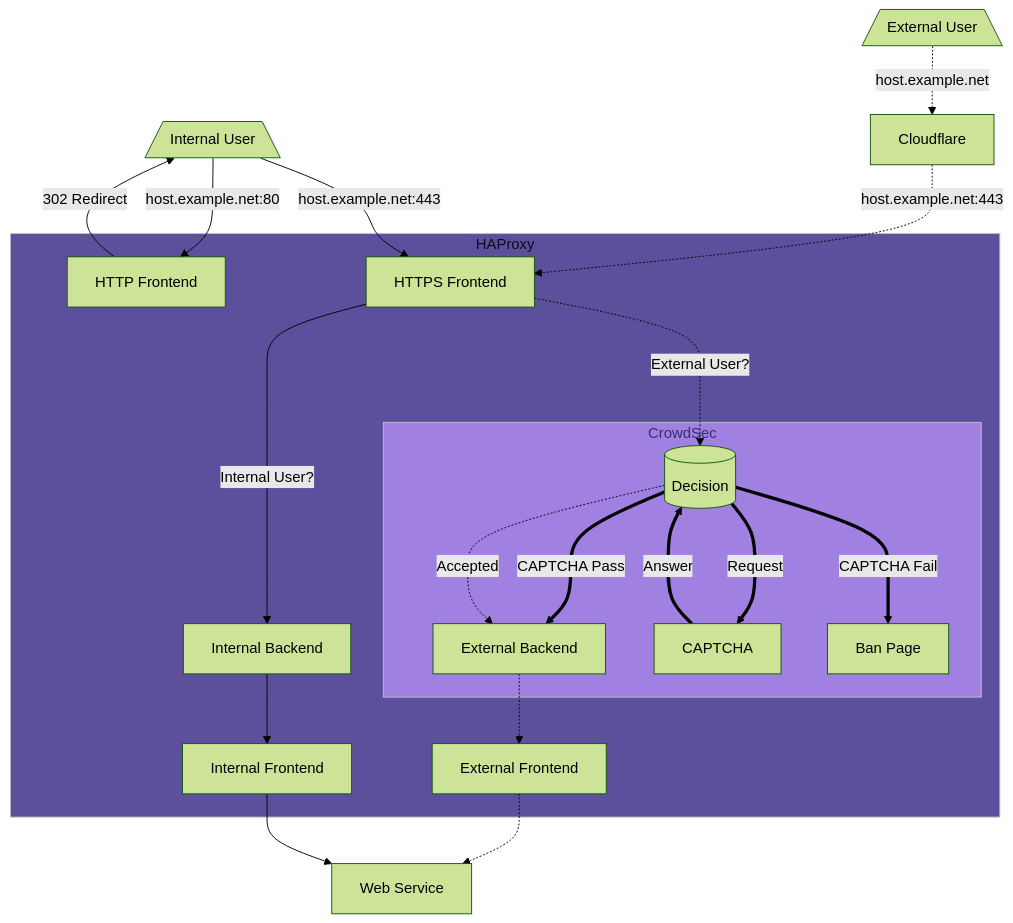
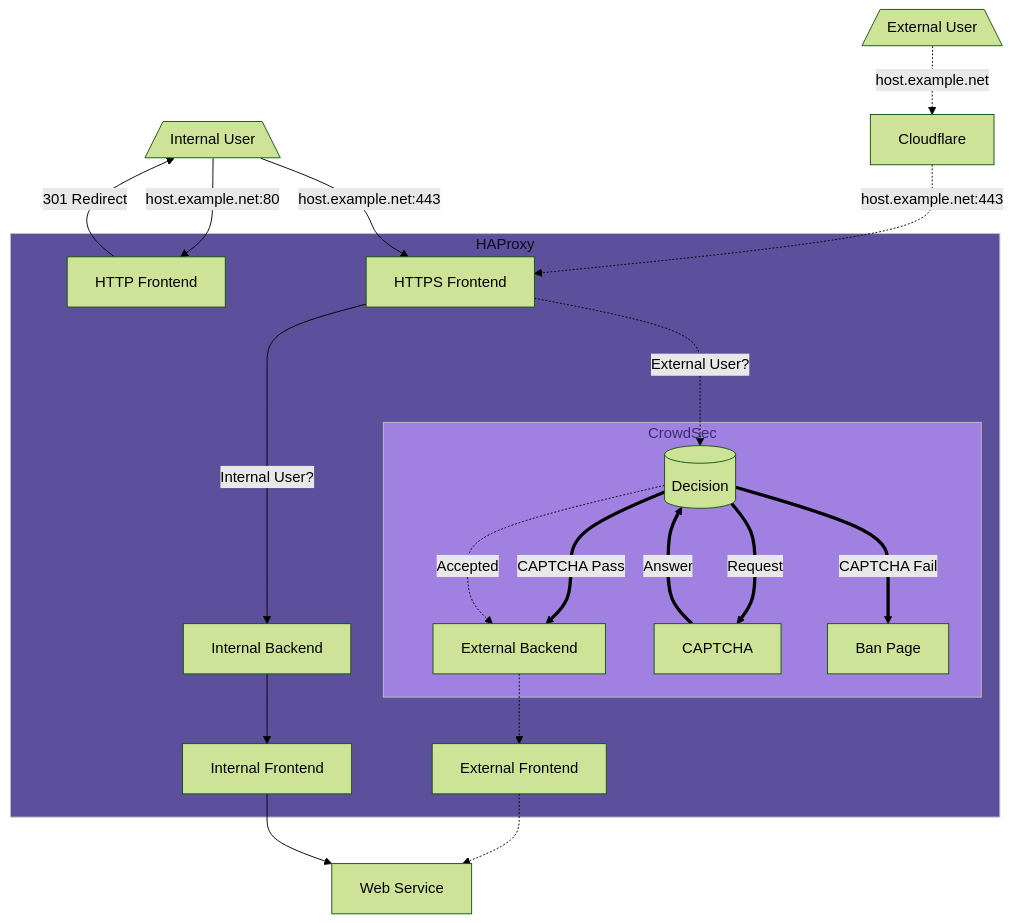
The diagram in _posts/2022-07-19-my-haproxy-config.md (ciphermenial/ciphermenial.github.io), drawn with Mermaid (forest theme) before and after one commit.

````diff
--- a/_posts/2022-07-19-my-haproxy-config.md
+++ b/_posts/2022-07-19-my-haproxy-config.md
@@ -29,43 +29,43 @@
 ```mermaid
 graph TD
   ExtUsr[/External User\]
   IntUsr[/Internal User\]
   Cloudflare
   HTTP[HTTP Frontend]
   HTTPS[HTTPS Frontend]
   IntBackend[Internal Backend]
   IntFrontend[Internal Frontend]
   ExtBackend[External Backend]
   ExtFrontend[External Frontend]
   CS_Decision[(Decision)]
   CS_CAPTCHA[CAPTCHA]
   CS_Ban[Ban Page]
   Server[Web Service]
 
   ExtUsr -."host.example.net".-> Cloudflare
   Cloudflare -."host.example.net:443".-> HTTPS
   IntUsr --"host.example.net:443"--> HTTPS
   IntUsr --"host.example.net:80"--> HTTP
-  HTTP --"302 Redirect"--> IntUsr
+  HTTP --"301 Redirect"--> IntUsr
 
   subgraph HAProxy
   style HAProxy color:#0d0a19,fill:#5c509c,stroke:#b7c2c6
     HTTP
     HTTPS --"Internal User?"--> IntBackend
     ExtBackend -.-> ExtFrontend
     IntBackend --> IntFrontend
     HTTPS -."External User?"..-> CS_Decision
 
     subgraph CrowdSec
     style CrowdSec color:#382d72,fill:#a080e1,stroke:#b7c2c6
       CS_Decision =="Request"===> CS_CAPTCHA
       CS_Decision =="CAPTCHA Fail"===> CS_Ban
       CS_CAPTCHA =="Answer"===> CS_Decision
       CS_Decision =="CAPTCHA Pass"===> ExtBackend
       CS_Decision -."Accepted".-> ExtBackend
     end
   end
 
  ExtFrontend -.-> Server
  IntFrontend --> Server
 ```
````
